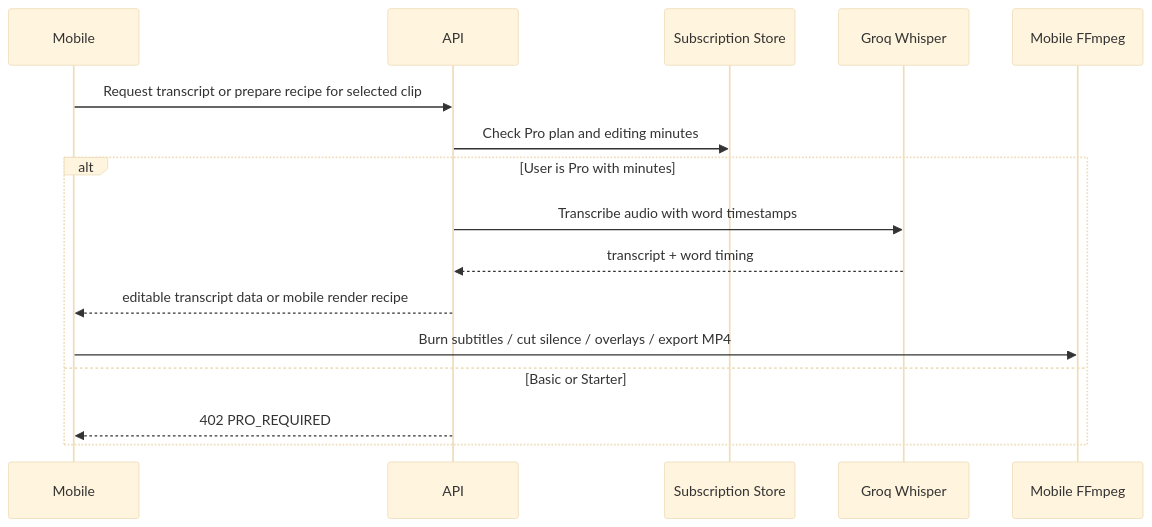
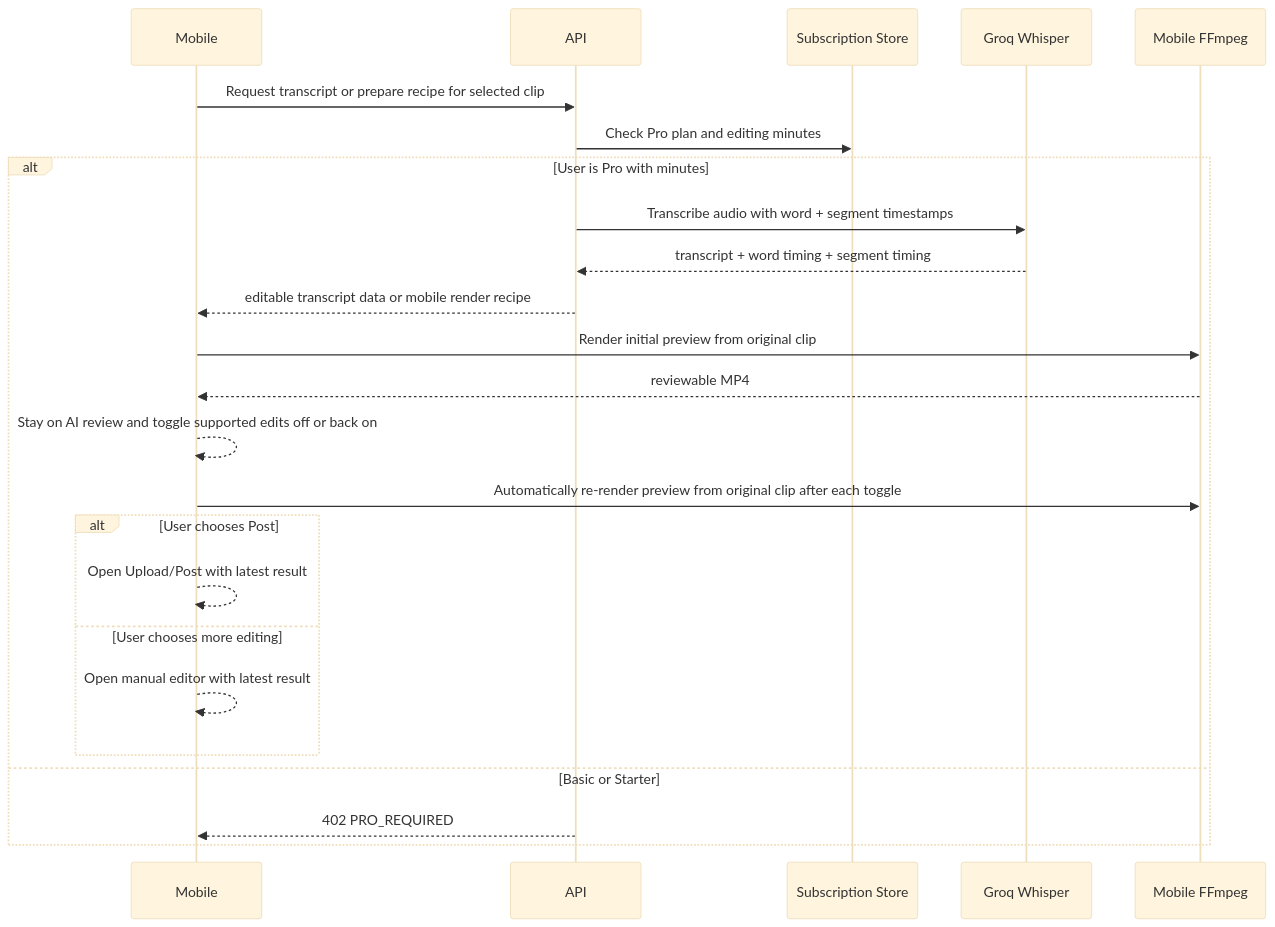
One commit to NOI56/PostDeeMobile changed the sixth of 7 diagrams in ARCHITECTURE.md. Above: the diagram before and after it, drawn with Mermaid (base theme). The commit also changed other lines of this file and 5 other files, not shown here.

Commit message:
Document completed AI editing flow

````diff
--- a/ARCHITECTURE.md
+++ b/ARCHITECTURE.md
@@ -388,19 +396,27 @@
 ```mermaid
 sequenceDiagram
   participant M as Mobile
   participant A as API
   participant Sub as Subscription Store
   participant W as Groq Whisper
   participant F as Mobile FFmpeg
 
   M->>A: Request transcript or prepare recipe for selected clip
   A->>Sub: Check Pro plan and editing minutes
   alt User is Pro with minutes
-    A->>W: Transcribe audio with word timestamps
-    W-->>A: transcript + word timing
+    A->>W: Transcribe audio with word + segment timestamps
+    W-->>A: transcript + word timing + segment timing
     A-->>M: editable transcript data or mobile render recipe
-    M->>F: Burn subtitles / cut silence / overlays / export MP4
+    M->>F: Render initial preview from original clip
+    F-->>M: reviewable MP4
+    M-->>M: Stay on AI review and toggle supported edits off or back on
+    M->>F: Automatically re-render preview from original clip after each toggle
+    alt User chooses Post
+      M-->>M: Open Upload/Post with latest result
+    else User chooses more editing
+      M-->>M: Open manual editor with latest result
+    end
   else Basic or Starter
     A-->>M: 402 PRO_REQUIRED
   end
 ```
````
